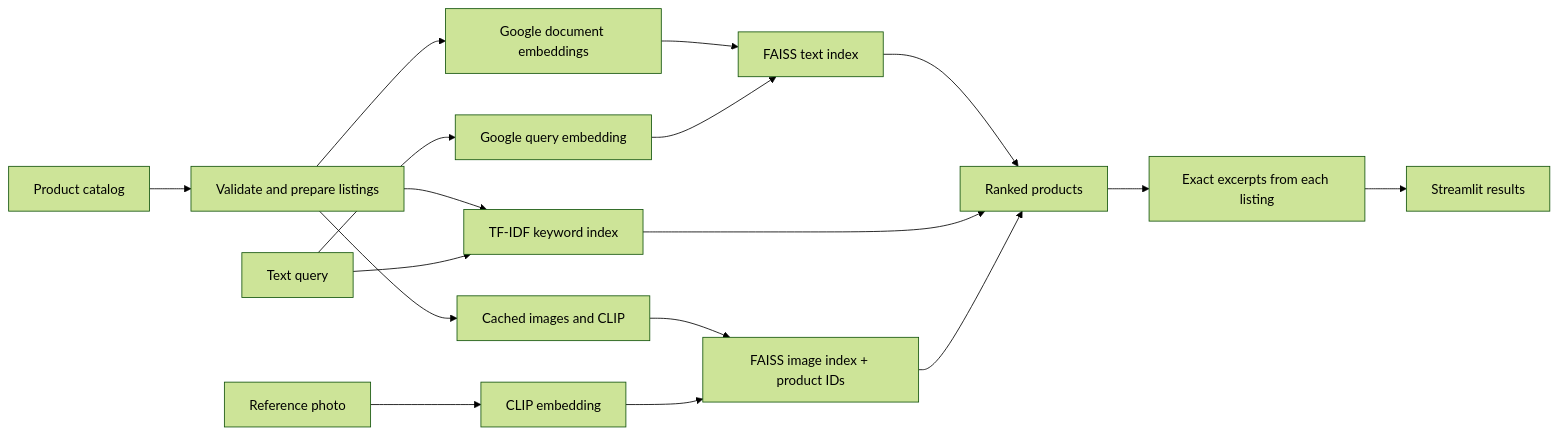
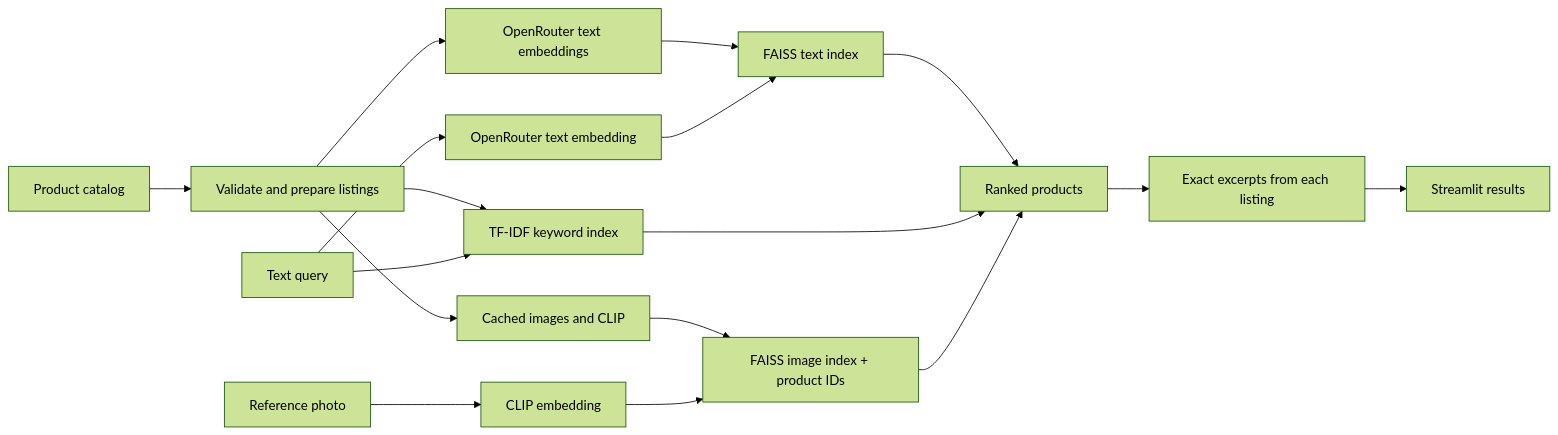
The diagram in README.md (taiwuchen/AI-product-recommender), drawn with Mermaid (forest theme) before and after one commit. The commit also changed other lines of this file and 8 other files, not shown here.

Commit message:
Use OpenRouter Text Embedding 3 Small for semantic search

````diff
--- a/README.md
+++ b/README.md
@@ -40,19 +44,19 @@
 ```mermaid
 flowchart LR
     CSV[Product catalog] --> Prepare[Validate and prepare listings]
-    Prepare --> TE[Google document embeddings]
+    Prepare --> TE[OpenRouter text embeddings]
     Prepare --> IE[Cached images and CLIP]
     Prepare --> KW[TF-IDF keyword index]
     TE --> TI[FAISS text index]
     IE --> II[FAISS image index + product IDs]
-    Query[Text query] --> QE[Google query embedding]
+    Query[Text query] --> QE[OpenRouter text embedding]
     QE --> TI
     Query --> KW
     Photo[Reference photo] --> CLIP[CLIP embedding]
     CLIP --> II
     TI --> Results[Ranked products]
     KW --> Results
     II --> Results
     Results --> Evidence[Exact excerpts from each listing]
     Evidence --> UI[Streamlit results]
 ```
````
